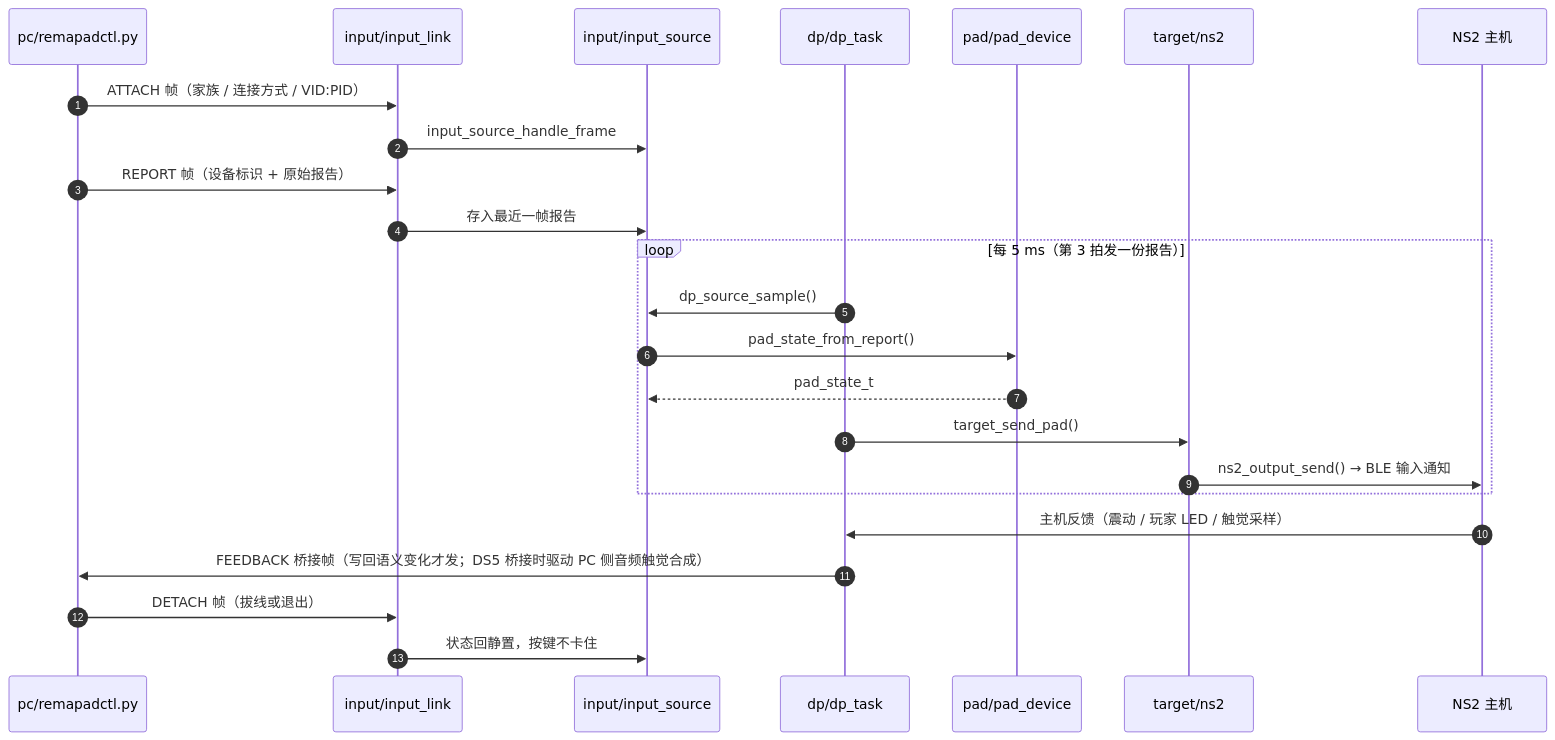
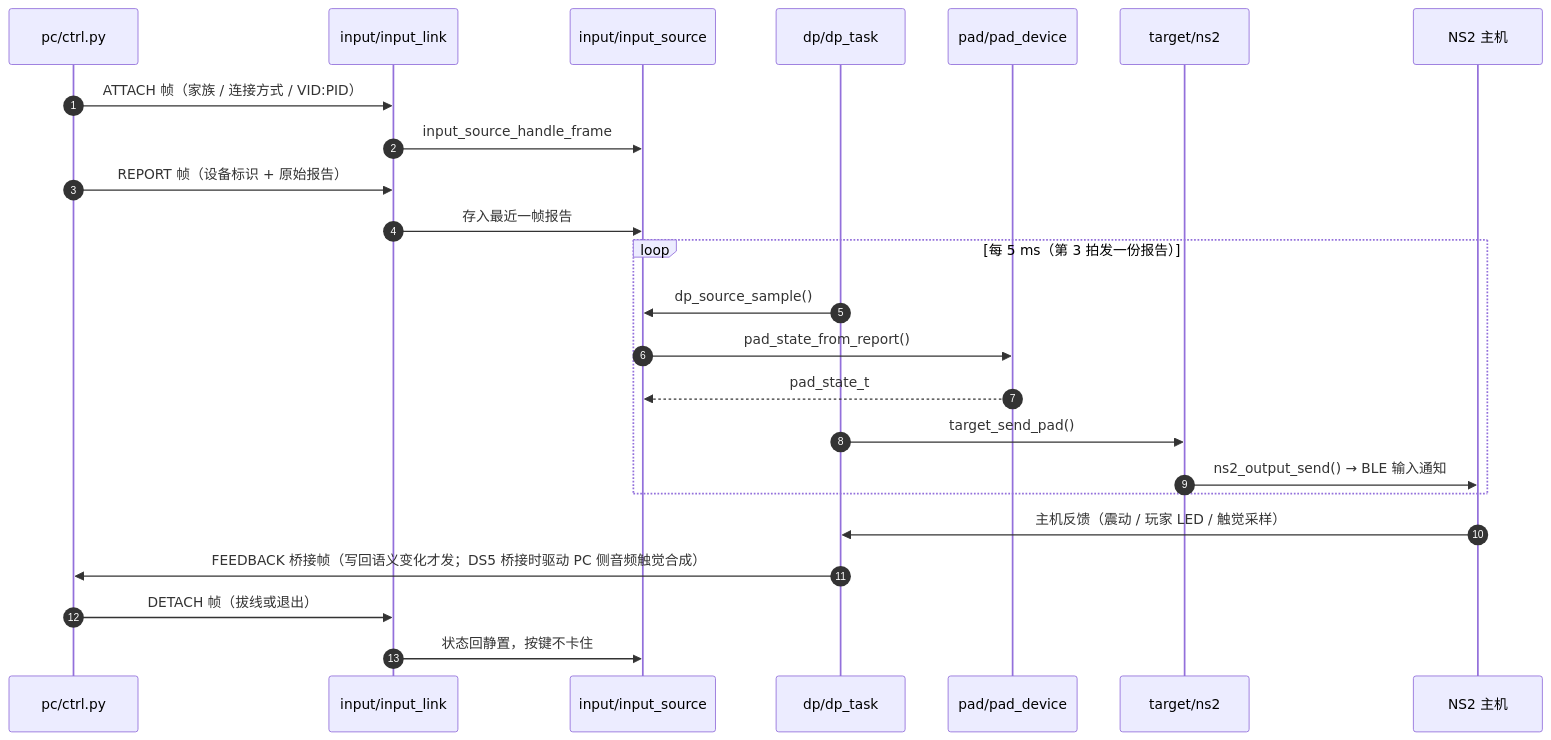
Before and after one commit to slime7/remapad: the sixth of 7 diagrams in docs/ABSTRACTIONS.md, drawn with Mermaid. The commit also changed other lines of this file and 76 other files, not shown here.

````diff
--- a/docs/ABSTRACTIONS.md
+++ b/docs/ABSTRACTIONS.md
@@ -371,27 +217,27 @@
 ```mermaid
 sequenceDiagram
     autonumber
-    participant PC as pc/remapadctl.py
+    participant PC as pc/ctrl.py
     participant RECV as input/input_link
     participant SRC as input/input_source
     participant DP as dp/dp_task
     participant DEV as pad/pad_device
     participant TGT as target/ns2
     participant HOST as NS2 主机
 
     PC->>RECV: ATTACH 帧（家族 / 连接方式 / VID:PID）
     RECV->>SRC: input_source_handle_frame
     PC->>RECV: REPORT 帧（设备标识 + 原始报告）
     RECV->>SRC: 存入最近一帧报告
     loop 每 5 ms（第 3 拍发一份报告）
         DP->>SRC: dp_source_sample()
         SRC->>DEV: pad_state_from_report()
         DEV-->>SRC: pad_state_t
         DP->>TGT: target_send_pad()
         TGT->>HOST: ns2_output_send() → BLE 输入通知
     end
     HOST->>DP: 主机反馈（震动 / 玩家 LED / 触觉采样）
     DP->>PC: FEEDBACK 桥接帧（写回语义变化才发；DS5 桥接时驱动 PC 侧音频触觉合成）
     PC->>RECV: DETACH 帧（拔线或退出）
     RECV->>SRC: 状态回静置，按键不卡住
 ```
````
